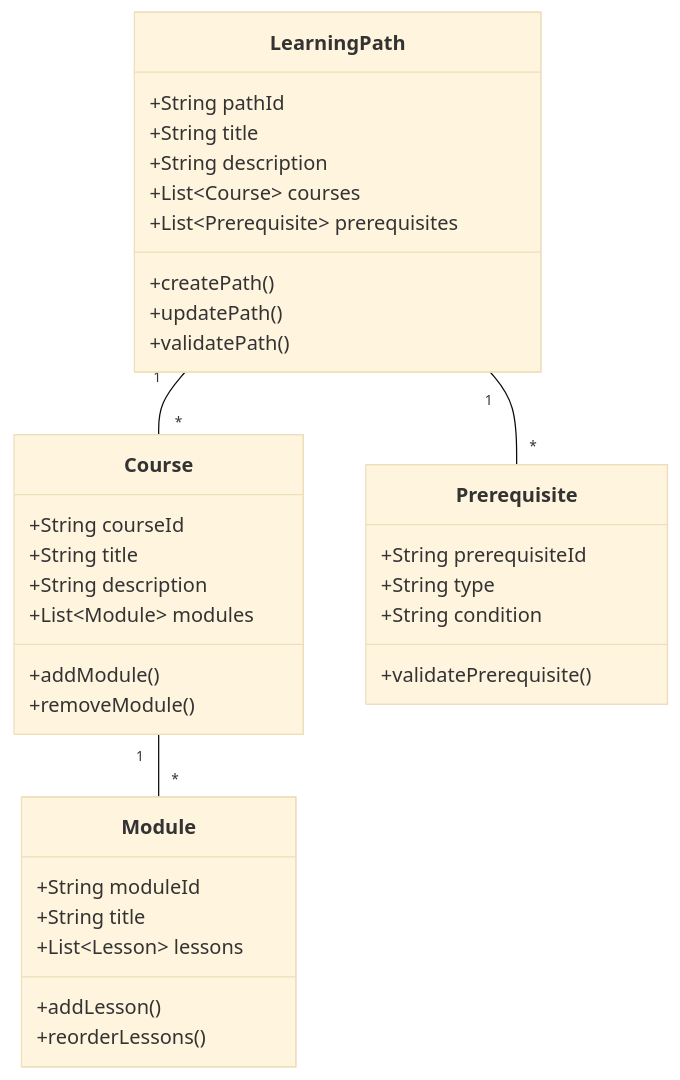
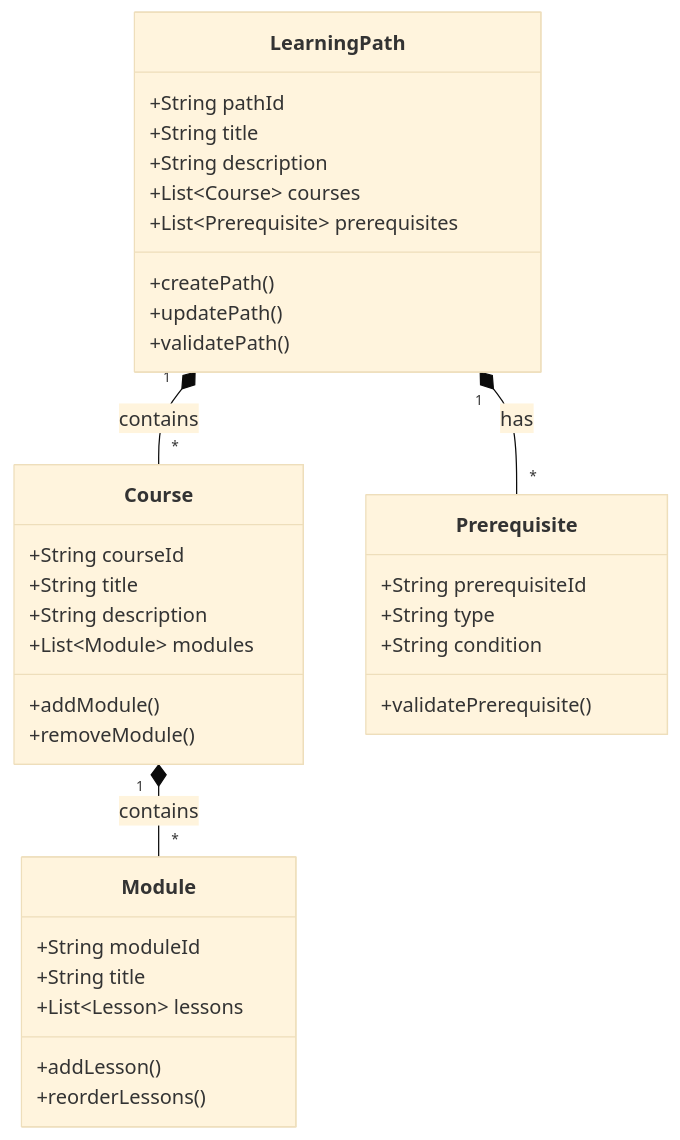
Before and after one commit to leomultimedia/LCT-LMS: diagram 11 of 20 in LCT-SystemDesign/Functional_Architecture.md, drawn with Mermaid (base theme). The commit also changed other lines of this file, not shown here.

Commit message:
Fixed graph errors

````diff
--- a/LCT-SystemDesign/Functional_Architecture.md
+++ b/LCT-SystemDesign/Functional_Architecture.md
@@ -426,41 +433,41 @@
 ```mermaid
 classDiagram
     class LearningPath {
         +String pathId
         +String title
         +String description
         +List~Course~ courses
         +List~Prerequisite~ prerequisites
         +createPath()
         +updatePath()
         +validatePath()
     }
     
     class Course {
         +String courseId
         +String title
         +String description
         +List~Module~ modules
         +addModule()
         +removeModule()
     }
     
     class Module {
         +String moduleId
         +String title
         +List~Lesson~ lessons
         +addLesson()
         +reorderLessons()
     }
     
     class Prerequisite {
         +String prerequisiteId
         +String type
         +String condition
         +validatePrerequisite()
     }
     
-    LearningPath "1" -- "*" Course
-    Course "1" -- "*" Module
-    LearningPath "1" -- "*" Prerequisite
+    LearningPath "1" *-- "*" Course : contains
+    Course "1" *-- "*" Module : contains
+    LearningPath "1" *-- "*" Prerequisite : has
 ```
````
